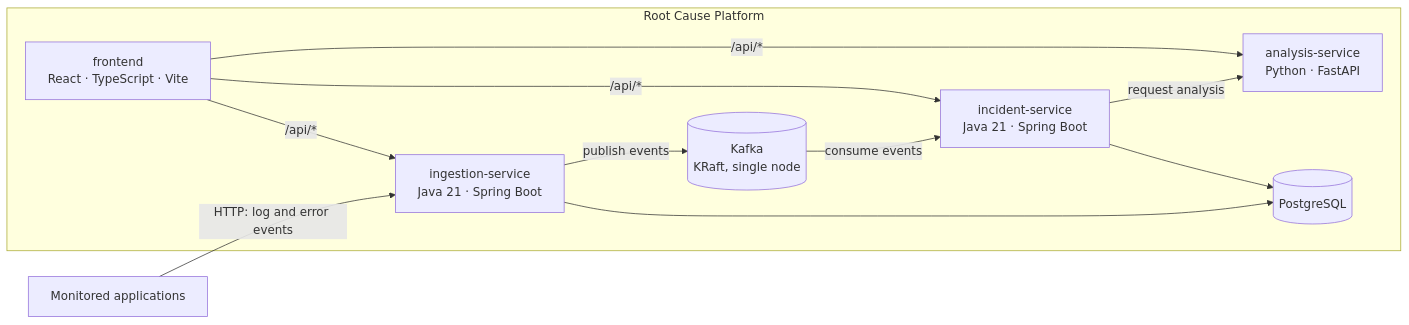
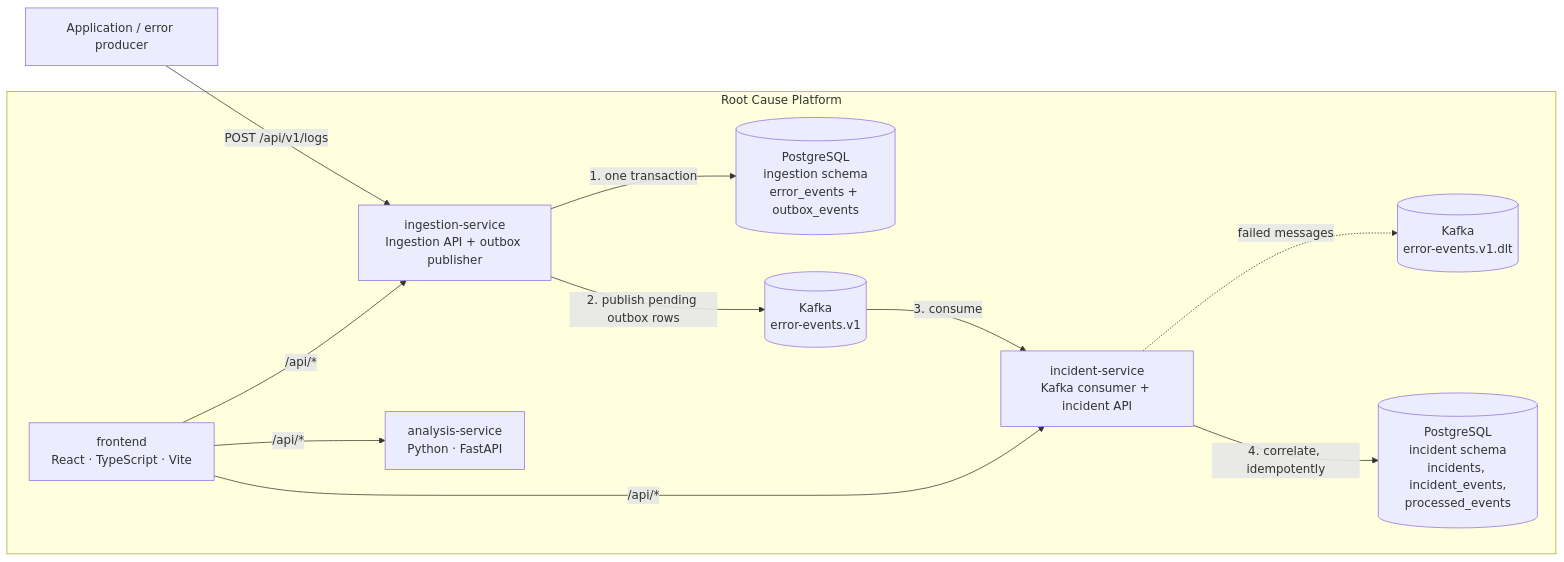
One commit to rciripireddy/ai-software-debugging-root-cause-platform changed the diagram in docs/architecture.md. Above: the diagram before and after it, drawn with Mermaid. The commit also changed other lines of this file and 70 other files, not shown here.

Commit message:
feat: add Kafka event streaming and incident correlation

````diff
--- a/docs/architecture.md
+++ b/docs/architecture.md
@@ -7,20 +7,22 @@
 ```mermaid
 flowchart LR
-    apps["Monitored applications"] -->|"HTTP: log and error events"| ingestion
+    apps["Application / error producer"] -->|"POST /api/v1/logs"| ingestion
     subgraph platform["Root Cause Platform"]
-        ingestion["ingestion-service<br/>Java 21 · Spring Boot"]
-        kafka[("Kafka<br/>KRaft, single node")]
-        incident["incident-service<br/>Java 21 · Spring Boot"]
+        ingestion["ingestion-service<br/>Ingestion API + outbox publisher"]
+        ingestdb[("PostgreSQL<br/>ingestion schema<br/>error_events + outbox_events")]
+        kafka[("Kafka<br/>error-events.v1")]
+        dlt[("Kafka<br/>error-events.v1.dlt")]
+        incident["incident-service<br/>Kafka consumer + incident API"]
+        incidentdb[("PostgreSQL<br/>incident schema<br/>incidents, incident_events,<br/>processed_events")]
         analysis["analysis-service<br/>Python · FastAPI"]
-        db[("PostgreSQL")]
         ui["frontend<br/>React · TypeScript · Vite"]
     end
-    ingestion -->|"publish events"| kafka
-    kafka -->|"consume events"| incident
-    ingestion --> db
-    incident --> db
-    incident -->|"request analysis"| analysis
+    ingestion -->|"1. one transaction"| ingestdb
+    ingestion -->|"2. publish pending outbox rows"| kafka
+    kafka -->|"3. consume"| incident
+    incident -->|"4. correlate, idempotently"| incidentdb
+    incident -.->|"failed messages"| dlt
     ui -->|"/api/*"| ingestion
     ui -->|"/api/*"| incident
     ui -->|"/api/*"| analysis
 ```
````
